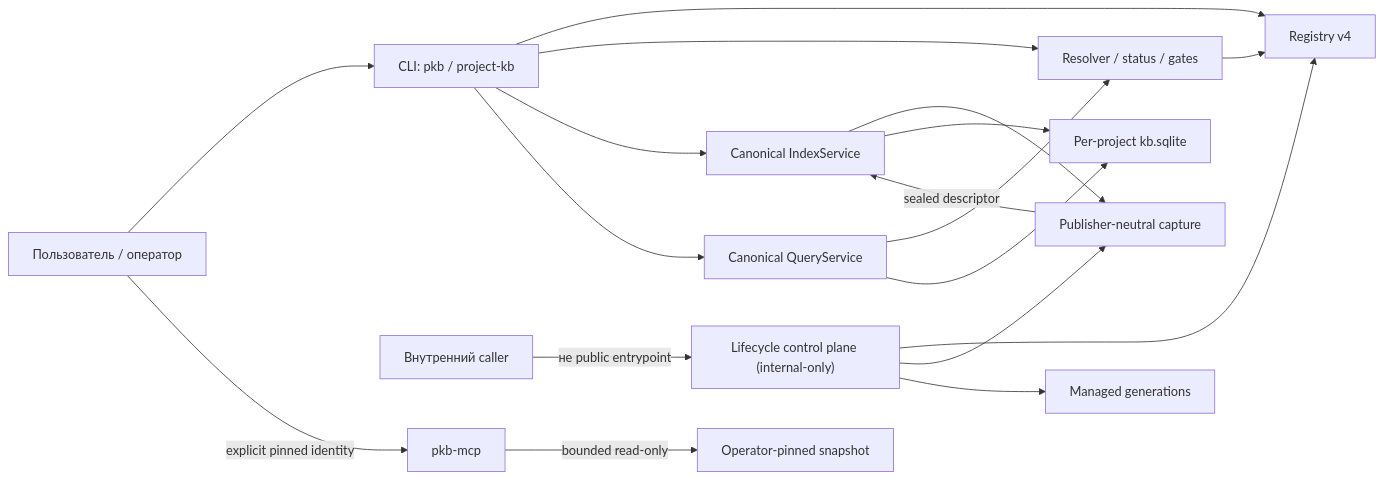
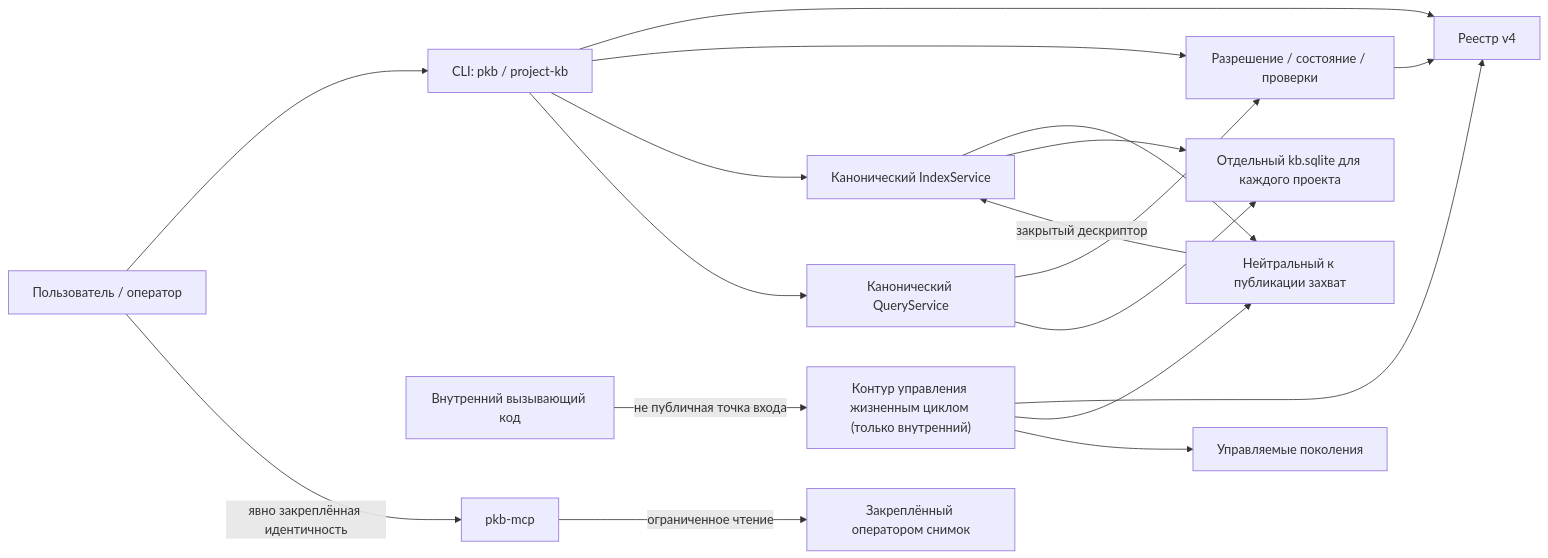
Before and after one commit to Vkuvalin/project-kb: the first of 3 diagrams in docs/ARCHITECTURE.md, drawn with Mermaid. The commit also changed other lines of this file and 6 other files, not shown here.

````diff
--- a/docs/ARCHITECTURE.md
+++ b/docs/ARCHITECTURE.md
@@ -26,34 +26,34 @@
 ```mermaid
 flowchart LR
     Operator["Пользователь / оператор"]
     CLI["CLI: pkb / project-kb"]
-    Registry["Registry v4"]
-    Resolver["Resolver / status / gates"]
-    Index["Canonical IndexService"]
-    Capture["Publisher-neutral capture"]
-    Canonical["Per-project kb.sqlite"]
-    Query["Canonical QueryService"]
-    InternalCaller["Внутренний caller"]
-    Lifecycle["Lifecycle control plane (internal-only)"]
-    Generations["Managed generations"]
+    Registry["Реестр v4"]
+    Resolver["Разрешение / состояние / проверки"]
+    Index["Канонический IndexService"]
+    Capture["Нейтральный к публикации захват"]
+    Canonical["Отдельный kb.sqlite для каждого проекта"]
+    Query["Канонический QueryService"]
+    InternalCaller["Внутренний вызывающий код"]
+    Lifecycle["Контур управления жизненным циклом (только внутренний)"]
+    Generations["Управляемые поколения"]
     MCP["pkb-mcp"]
-    Pinned["Operator-pinned snapshot"]
+    Pinned["Закреплённый оператором снимок"]
 
     Operator --> CLI
     CLI --> Registry
     CLI --> Resolver
     Resolver --> Registry
     CLI --> Index
     Index --> Capture
-    Capture -->|"sealed descriptor"| Index
+    Capture -->|"закрытый дескриптор"| Index
     Index --> Canonical
     CLI --> Query
     Query --> Resolver
     Query --> Canonical
-    InternalCaller -->|"не public entrypoint"| Lifecycle
+    InternalCaller -->|"не публичная точка входа"| Lifecycle
     Lifecycle --> Registry
     Lifecycle --> Capture
     Lifecycle --> Generations
-    Operator -->|"explicit pinned identity"| MCP
-    MCP -->|"bounded read-only"| Pinned
+    Operator -->|"явно закреплённая идентичность"| MCP
+    MCP -->|"ограниченное чтение"| Pinned
 ```
````
